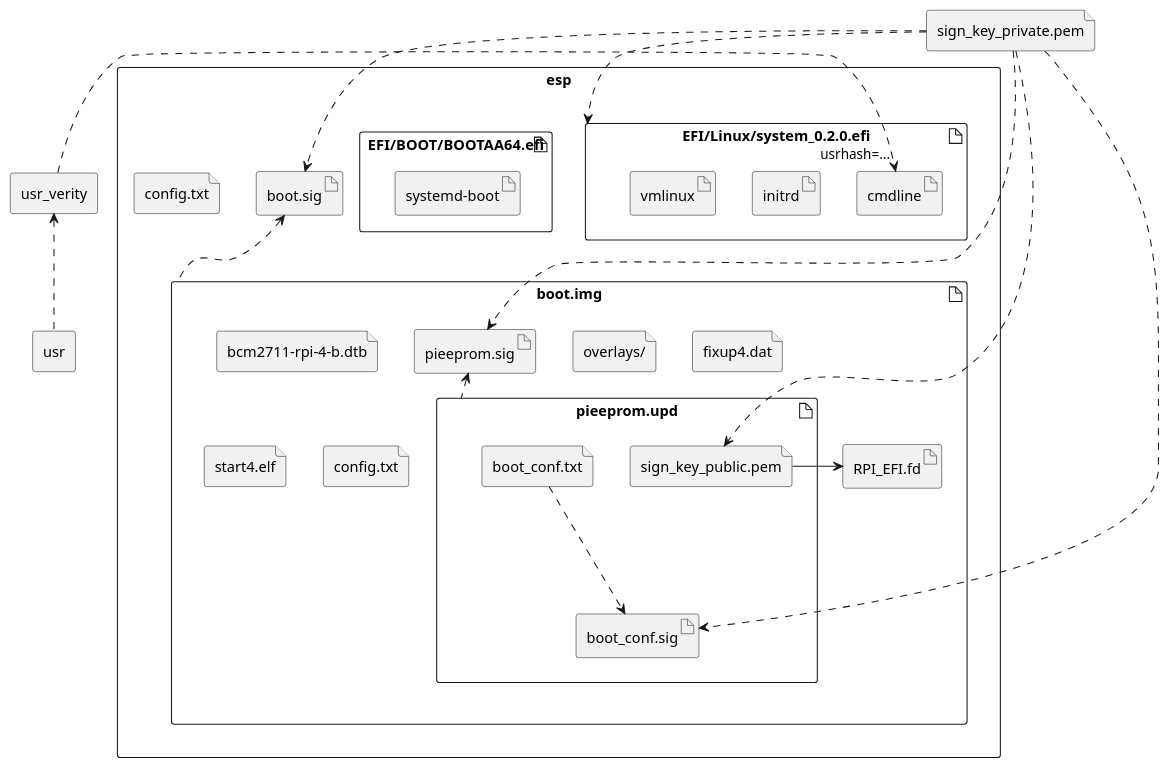
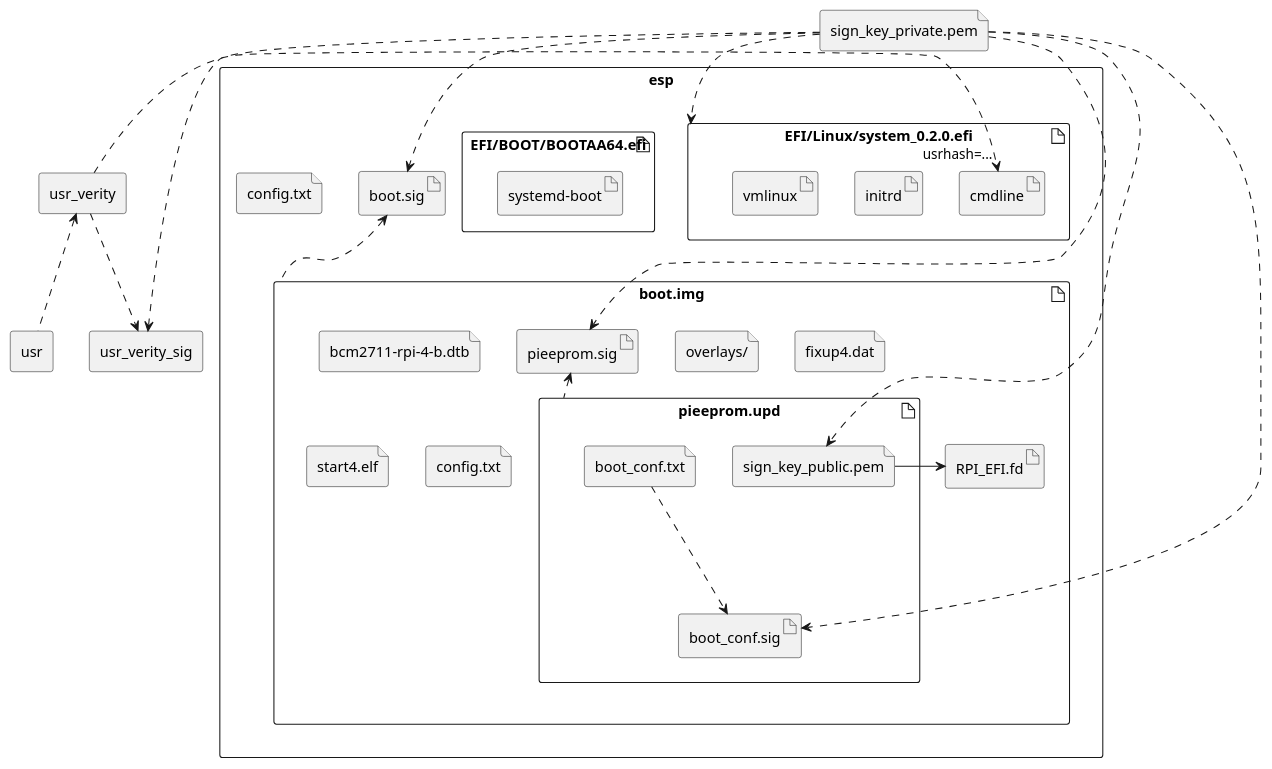
One commit to valtzu/rpi-mkosi changed the diagram in docs/plan.plantuml. Above: the diagram before and after it, drawn with PlantUML.

```diff
--- a/docs/plan.plantuml
+++ b/docs/plan.plantuml
@@ -1,55 +1,59 @@
 @startuml
 
 file sign_key_private.pem
 
 rectangle usr {
 }
 rectangle usr_verity {
+}
+rectangle usr_verity_sig {
 }
 
 rectangle esp {
     file config.txt as esp/config.txt {
     }
     artifact boot.img {
         file "bcm2711-rpi-4-b.dtb"
         file "overlays/"
         file fixup4.dat
         file start4.elf
         file config.txt
         artifact RPI_EFI.fd {
         }
         artifact pieeprom.upd {
             file sign_key_public.pem
             file boot_conf.txt
             artifact boot_conf.sig
         }
         artifact pieeprom.sig {
         }
     }
     artifact boot.sig
 
     artifact "EFI/Linux/system_0.2.0.efi" as uki {
         artifact initrd
         artifact cmdline
         artifact vmlinux
     }
 
     artifact "EFI/BOOT/BOOTAA64.efi" as systemd {
         artifact "systemd-boot"
     }
 }
 
 sign_key_private.pem -.> sign_key_public.pem
 boot.img .up-> boot.sig
 sign_key_private.pem .> boot.sig
 
 boot_conf.txt -.-> boot_conf.sig
 pieeprom.upd -up.> pieeprom.sig
 sign_key_private.pem -.-> boot_conf.sig
 sign_key_private.pem -.-> pieeprom.sig
 sign_key_private.pem .-> uki
+sign_key_private.pem -.-> usr_verity_sig
 sign_key_public.pem -> RPI_EFI.fd
 usr .up.> usr_verity
 usr_verity .> "usrhash=..." cmdline
+usr_verity .> usr_verity_sig
 
 @enduml
```
